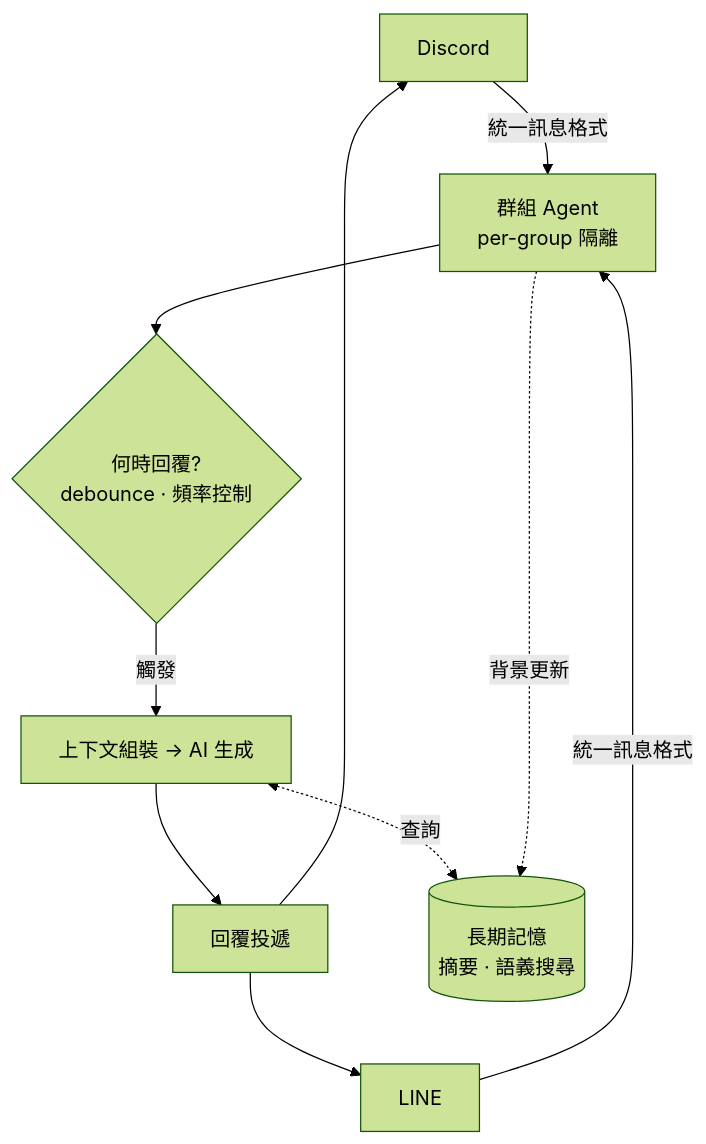
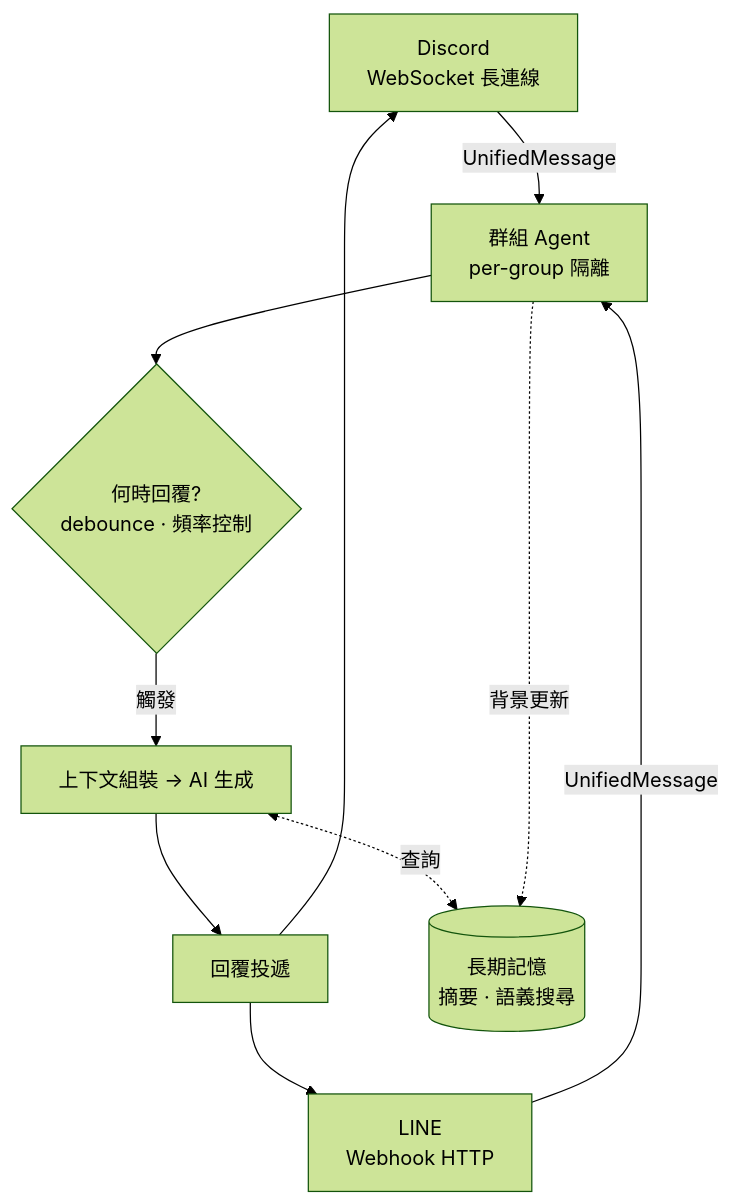
The diagram in README.md (maou-shonen/yamada), drawn with Mermaid (forest theme) before and after one commit. The commit also changed other lines of this file, not shown here.

Commit message:
docs: 架構圖區分雙平台各自處理邏輯與共用核心

````diff
--- a/README.md
+++ b/README.md
@@ -14,12 +14,13 @@
 ```mermaid
 graph TD
-    D[Discord] & L[LINE] -->|統一訊息格式| Agent[群組 Agent<br/>per-group 隔離]
+    D[Discord<br/>WebSocket 長連線] -->|UnifiedMessage| Agent[群組 Agent<br/>per-group 隔離]
+    L[LINE<br/>Webhook HTTP] -->|UnifiedMessage| Agent
 
     Agent --> When{何時回覆?<br/>debounce · 頻率控制}
     When -->|觸發| What[上下文組裝 → AI 生成]
     What --> Reply[回覆投遞]
     Reply --> D & L
 
     What <-.->|查詢| Mem[(長期記憶<br/>摘要 · 語義搜尋)]
     Agent -.->|背景更新| Mem
 ```
````
